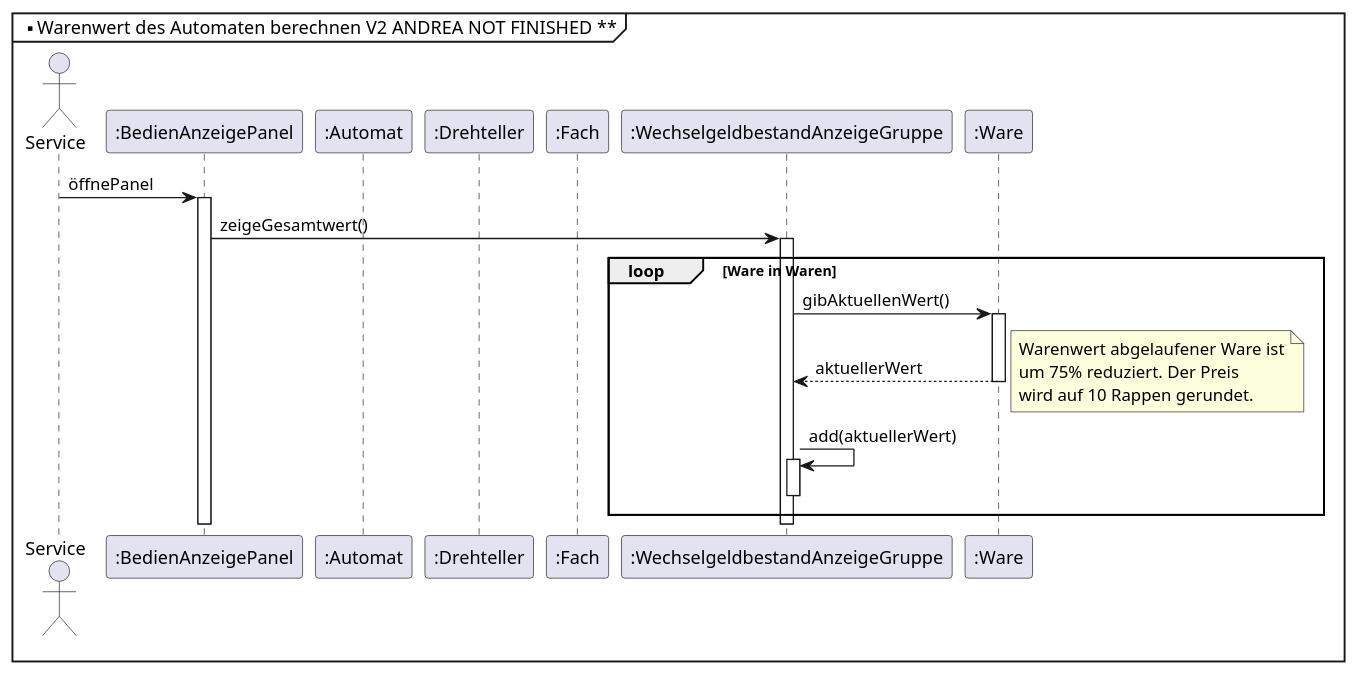
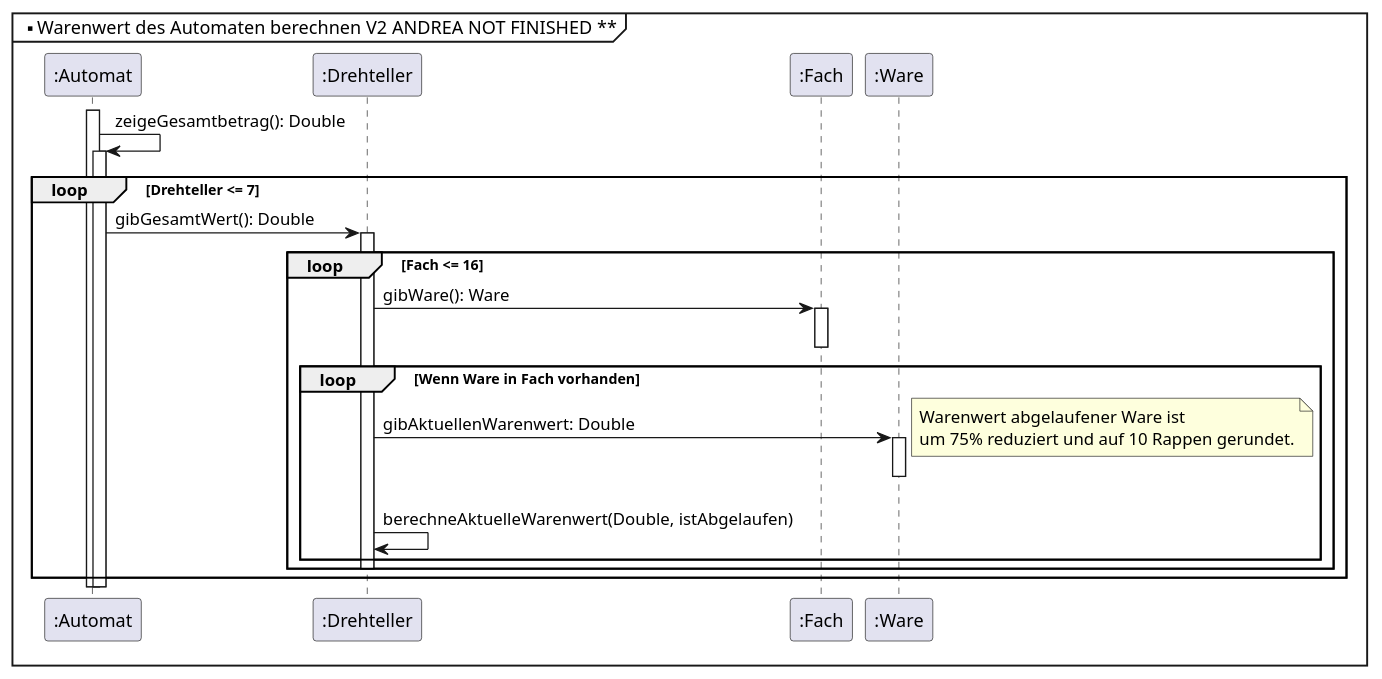
The fifth of 5 diagrams in Warenautomat.md (egoat/MAS-SE22_Warenautomat2022_Analyse), drawn with PlantUML before and after one commit. The commit also changed other lines of this file, not shown here.

Commit message:
UpdateWarenwert sequenzdiagramm

````diff
--- a/Warenautomat.md
+++ b/Warenautomat.md
@@ -415,36 +417,42 @@
 ```plantuml
 @startuml
 
 mainframe ** Warenwert des Automaten berechnen V2 ANDREA NOT FINISHED **
 
-actor "Service" as Service
-participant ":BedienAnzeigePanel" as BedienAnzeigePanel
+participant ":Automat" as Automat   
+participant ":Drehteller" as Drehteller
+participant ":Fach" as Fach
 
-Service -> BedienAnzeigePanel : öffnePanel
-activate BedienAnzeigePanel
-    participant ":Automat" as Automat   
-    participant ":Drehteller" as Drehteller
-    participant ":Fach" as Fach
-    participant ":WechselgeldbestandAnzeigeGruppe" as WechselgeldbestandAnzeigeGruppe
-    BedienAnzeigePanel -> WechselgeldbestandAnzeigeGruppe : zeigeGesamtwert()
-    activate WechselgeldbestandAnzeigeGruppe
-        participant ":Ware" as Ware
-        loop Ware in Waren
-            WechselgeldbestandAnzeigeGruppe -> Ware : gibAktuellenWert()
-                activate Ware
-                WechselgeldbestandAnzeigeGruppe <-- Ware : aktuellerWert
-                note right
-                Warenwert abgelaufener Ware ist
-                um 75% reduziert. Der Preis
-                wird auf 10 Rappen gerundet.
-                end note
-                deactivate Ware
-            WechselgeldbestandAnzeigeGruppe -> WechselgeldbestandAnzeigeGruppe : add(aktuellerWert)
-                activate WechselgeldbestandAnzeigeGruppe
-                deactivate WechselgeldbestandAnzeigeGruppe
-        end
-    deactivate WechselgeldbestandAnzeigeGruppe
-deactivate BedienAnzeigePanel
+activate Automat
+    Automat -> Automat : zeigeGesamtbetrag(): Double
+    activate Automat
+        loop Drehteller <= 7
+            Automat -> Drehteller : gibGesamtWert(): Double
+            participant ":Ware" as Ware
+            activate Drehteller
+                loop Fach <= 16
+                    Drehteller -> Fach : gibWare(): Ware
+                    activate Fach
+                    deactivate Fach
+                    loop Wenn Ware in Fach vorhanden
+                        Drehteller -> Ware : gibAktuellenWarenwert: Double
+                        activate Ware
+                        deactivate Ware
+                        note right
+                            Warenwert abgelaufener Ware ist
+                            um 75% reduziert und auf 10 Rappen gerundet.
+                            end note
+                        Drehteller -> Drehteller : berechneAktuelleWarenwert(Double, istAbgelaufen)
+                    end
+                        activate Drehteller
+                        deactivate Drehteller     
+
+                end 
+            deactivate Drehteller      
+        end   
+    deactivate Automat     
+deactivate Automat 
+
 
 @enduml
 ```
````
